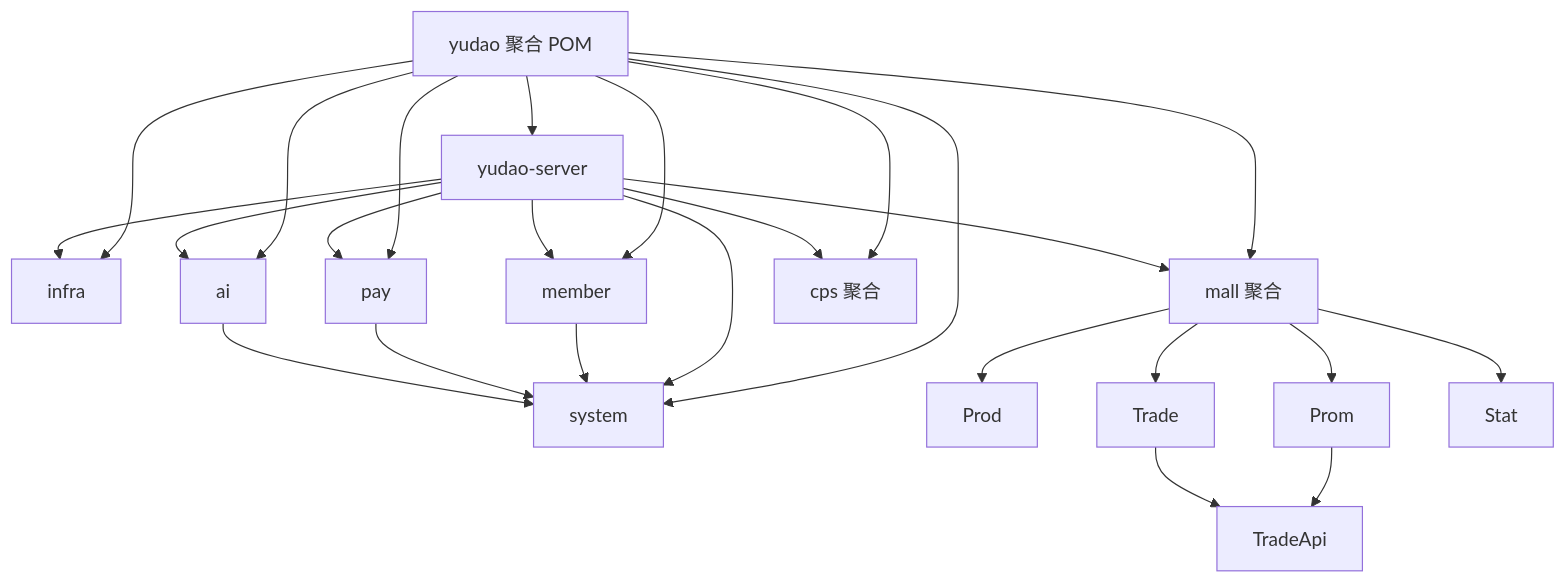
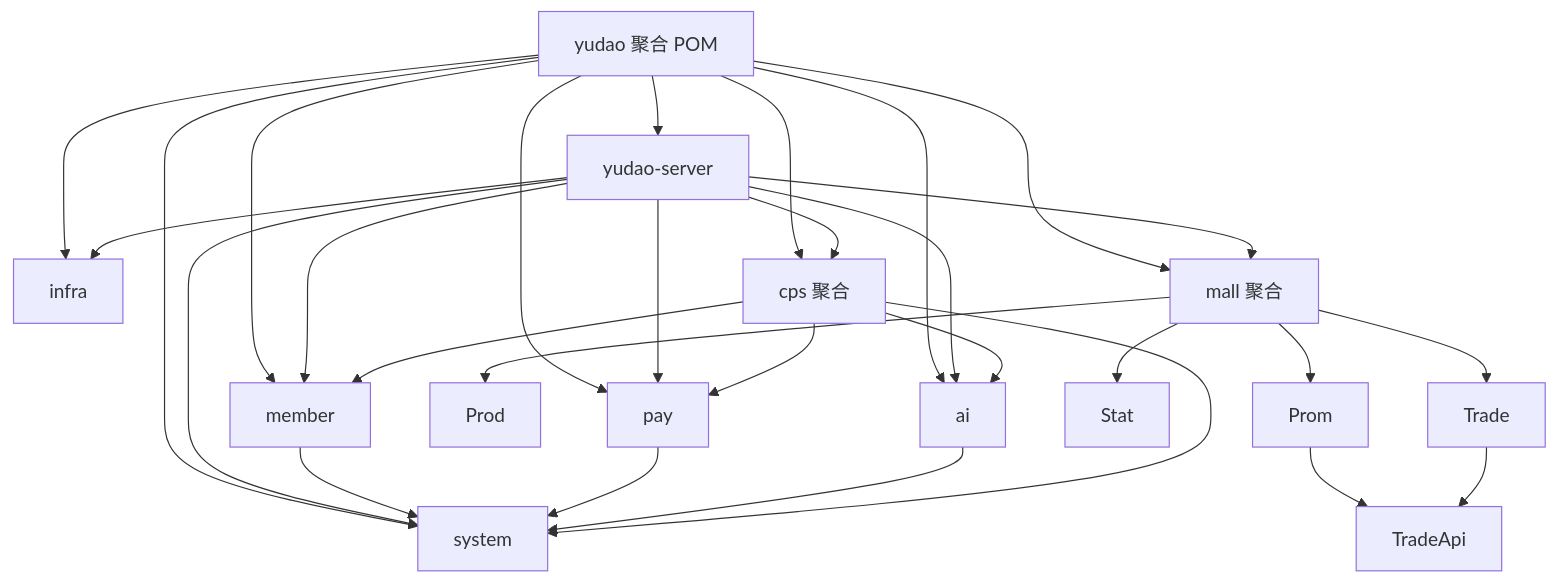
The seventh of 7 diagrams in .qoder/repowiki/zh/content/后端服务架构/业务模块概览/业务模块概览.md (zhuangpengLI/AgenticCPS), drawn with Mermaid before and after one commit. The commit also changed other lines of this file and 42 other files, not shown here.

````diff
--- a/.qoder/repowiki/zh/content/后端服务架构/业务模块概览/业务模块概览.md
+++ b/.qoder/repowiki/zh/content/后端服务架构/业务模块概览/业务模块概览.md
@@ -206,27 +263,31 @@
 ```mermaid
 graph TB
 Root["yudao 聚合 POM"] --> Srv["yudao-server"]
 Root --> Sys["system"]
 Root --> Infra["infra"]
 Root --> Mem["member"]
 Root --> Pay["pay"]
 Root --> Mall["mall 聚合"]
 Root --> Ai["ai"]
 Root --> Cps["cps 聚合"]
 Srv --> Sys
 Srv --> Infra
 Srv --> Mem
 Srv --> Pay
 Srv --> Mall
 Srv --> Ai
 Srv --> Cps
 Mem --> Sys
 Pay --> Sys
 Ai --> Sys
+Cps --> Sys
+Cps --> Mem
+Cps --> Pay
+Cps --> Ai
 Mall --> Prod
 Mall --> Prom
 Mall --> Trade
 Mall --> Stat
 Prom --> TradeApi
 Trade --> TradeApi
 ```
````
